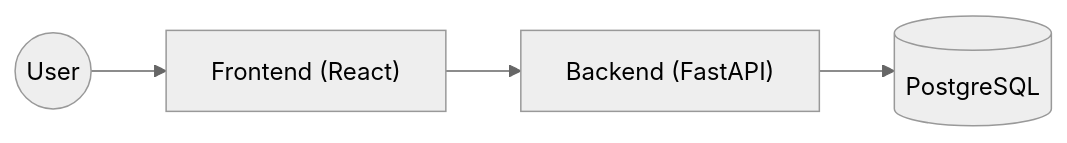
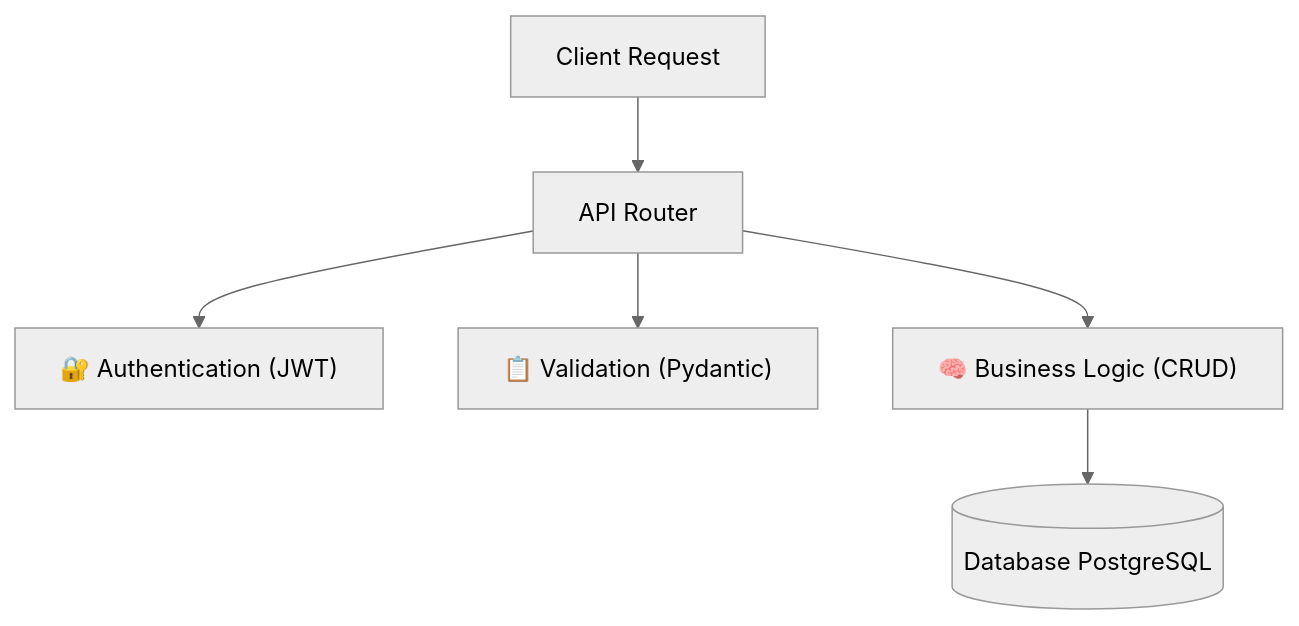
The fourth of 5 diagrams in README.md (aidilsaputrakirsan-classroom/cc-kelompok-a-suksesss), drawn with Mermaid (neutral theme) before and after one commit. The commit also changed other lines of this file and 5 other files, not shown here.

````diff
--- a/README.md
+++ b/README.md
@@ -110,6 +144,10 @@
 ```mermaid
-graph LR
-    User((User)) --> Frontend["Frontend (React)"]
-    Frontend --> Backend["Backend (FastAPI)"]
-    Backend --> DB[("PostgreSQL")]
+graph TD
+    Client["Client Request"] --> Router["API Router"]
+    
+    Router --> Auth["🔐 Authentication (JWT)"]
+    Router --> Validation["📋 Validation (Pydantic)"]
+    Router --> Logic["🧠 Business Logic (CRUD)"]
+    
+    Logic --> DB[("Database PostgreSQL")]
 ```
````
